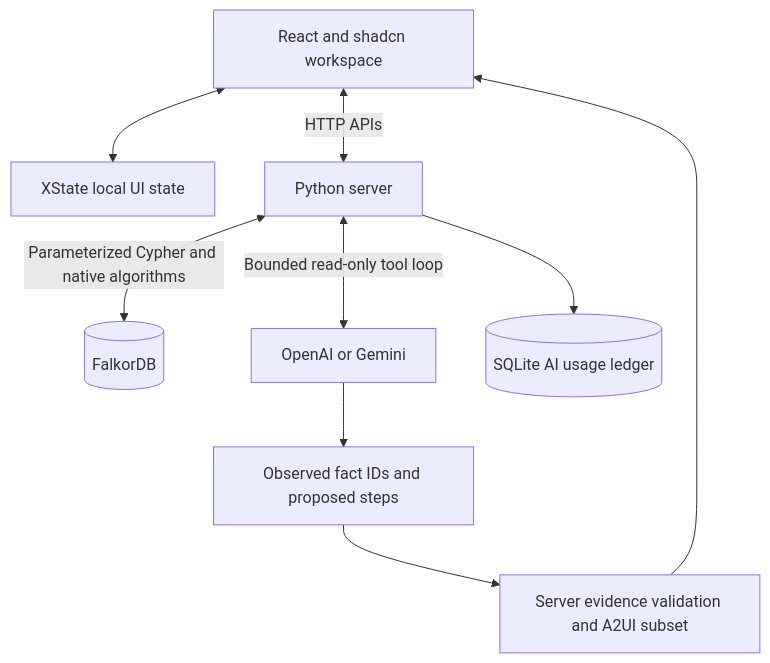
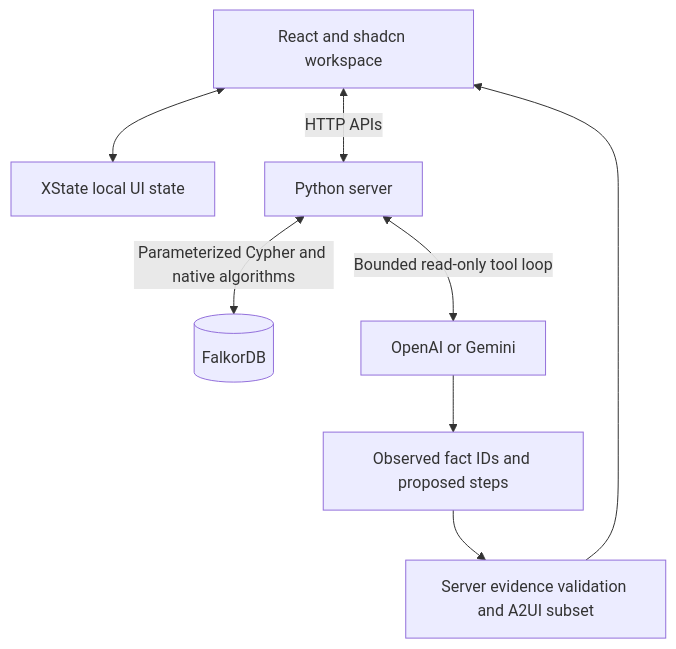
The first of 3 diagrams in README.md (sasivarnan/workweave-falkordb), drawn with Mermaid before and after one commit. The commit also changed other lines of this file and 10 other files, not shown here.

````diff
--- a/README.md
+++ b/README.md
@@ -128,11 +128,10 @@
 ```mermaid
 flowchart TB
     Browser[React and shadcn workspace] <--> State[XState local UI state]
     Browser <-->|HTTP APIs| Server[Python server]
     Server <-->|Parameterized Cypher and native algorithms| Graph[(FalkorDB)]
     Server <-->|Bounded read-only tool loop| AI[OpenAI or Gemini]
     AI --> Evidence[Observed fact IDs and proposed steps]
     Evidence --> Validate[Server evidence validation and A2UI subset]
     Validate --> Browser
-    Server --> Ledger[(SQLite AI usage ledger)]
 ```
````
